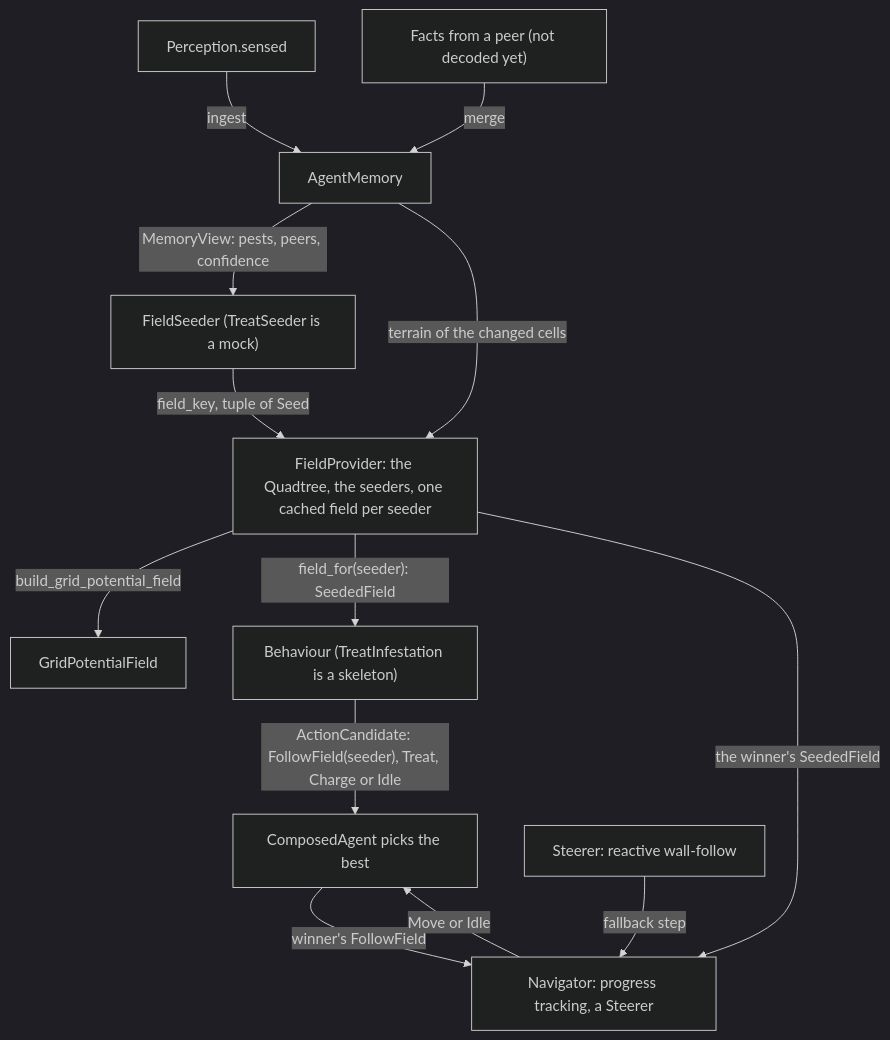
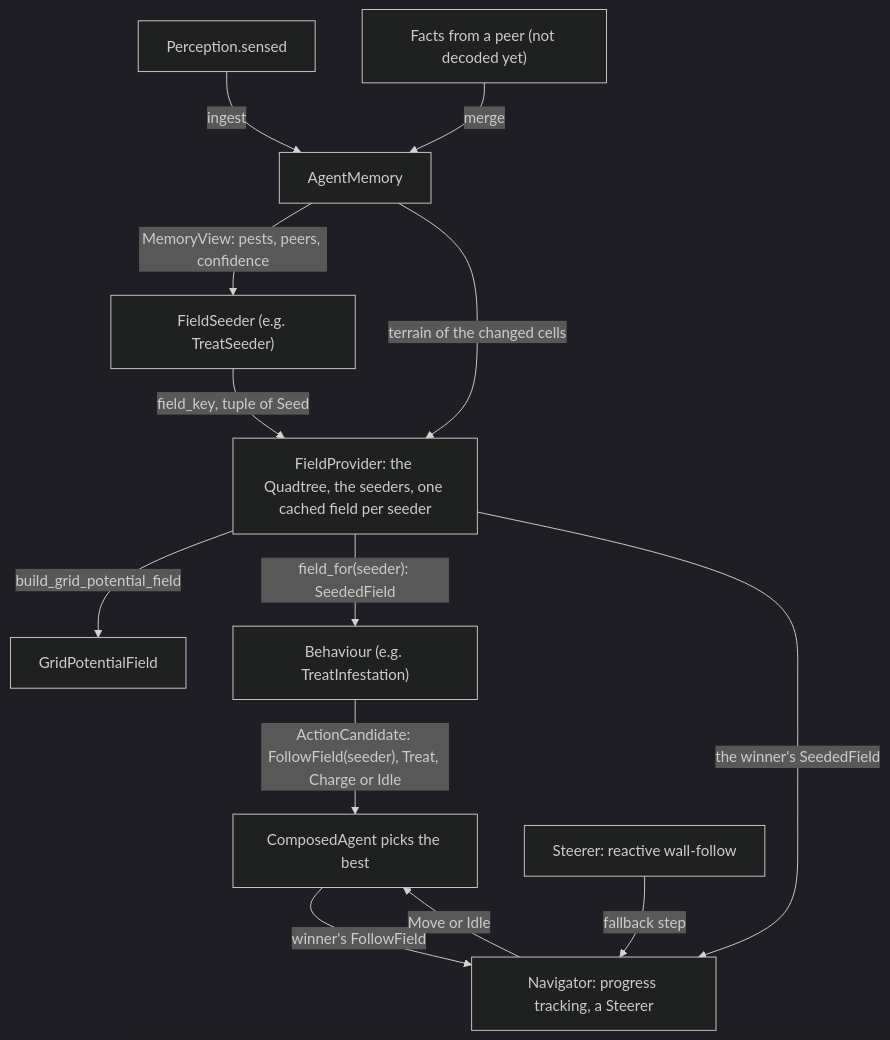
The first of 2 diagrams in docs/robot-memory-and-navigation.md (TychoGrapendaal/JIP_Swarm_Field), drawn with Mermaid (dark theme) before and after one commit. The commit also changed other lines of this file and 11 other files, not shown here.

````diff
--- a/docs/robot-memory-and-navigation.md
+++ b/docs/robot-memory-and-navigation.md
@@ -5,15 +5,15 @@
 ```mermaid
 flowchart TD
     S["Perception.sensed"] -->|ingest| M["AgentMemory"]
     P["Facts from a peer (not decoded yet)"] -->|merge| M
-    M -->|"MemoryView: pests, peers, confidence"| O["FieldSeeder (TreatSeeder is a mock)"]
+    M -->|"MemoryView: pests, peers, confidence"| O["FieldSeeder (e.g. TreatSeeder)"]
     M -->|"terrain of the changed cells"| FP["FieldProvider: the Quadtree, the seeders, one cached field per seeder"]
     O -->|"field_key, tuple of Seed"| FP
     FP -->|build_grid_potential_field| F["GridPotentialField"]
-    FP -->|"field_for(seeder): SeededField"| H["Behaviour (TreatInfestation is a skeleton)"]
+    FP -->|"field_for(seeder): SeededField"| H["Behaviour (e.g. TreatInfestation)"]
     H -->|"ActionCandidate: FollowField(seeder), Treat, Charge or Idle"| A["ComposedAgent picks the best"]
     FP -->|"the winner's SeededField"| N["Navigator: progress tracking, a Steerer"]
     A -->|"winner's FollowField"| N
     ST["Steerer: reactive wall-follow"] -->|"fallback step"| N
     N -->|"Move or Idle"| A
 ```
````
